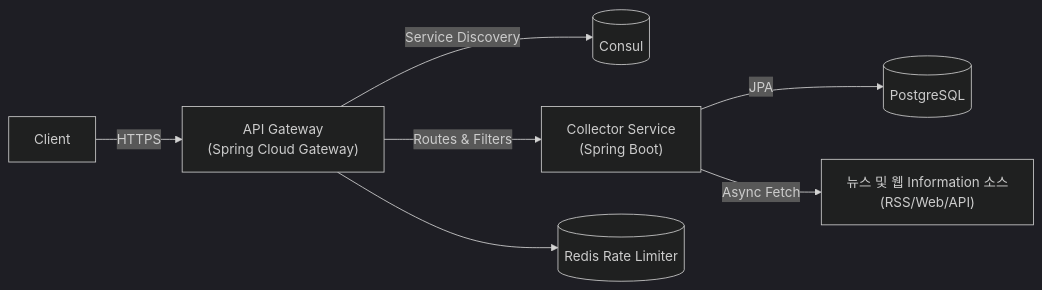
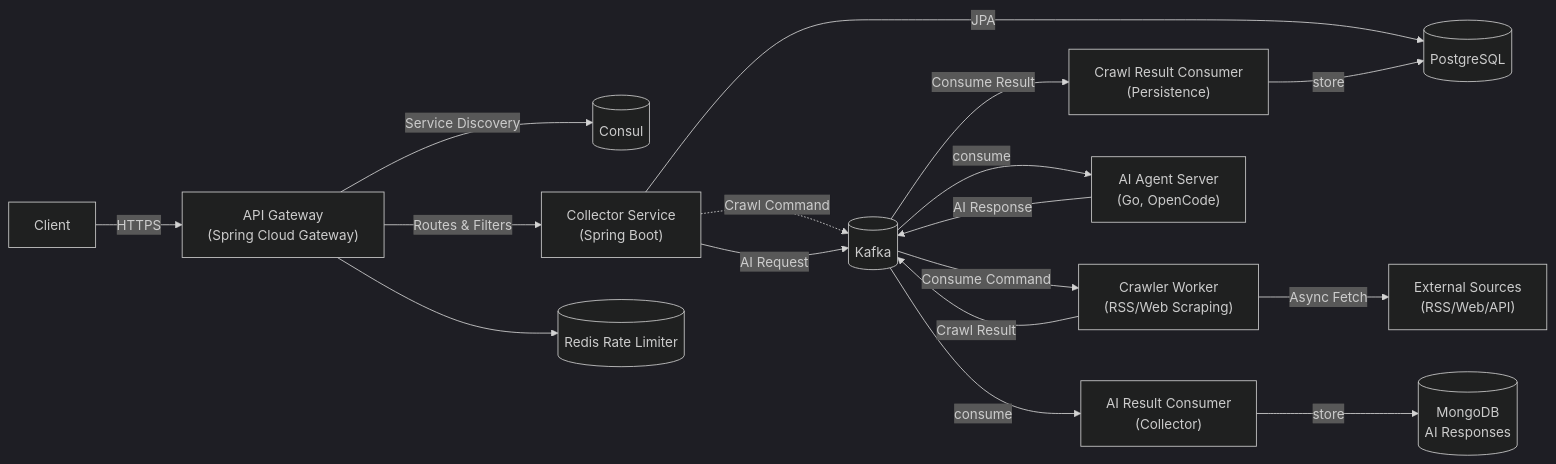
The first of 3 diagrams in docs/overview/README.md (choisimo/NewsInsight), drawn with Mermaid (dark theme) before and after one commit. The commit also changed other lines of this file and 22 other files, not shown here.

Commit message:
refactor(collector): migrate crawling pipeline to Kafka event-driven architecture

````diff
--- a/docs/overview/README.md
+++ b/docs/overview/README.md
@@ -25,9 +28,23 @@
 ```mermaid
 flowchart LR
     Client -->|HTTPS| Gateway["API Gateway\n(Spring Cloud Gateway)"]
     Gateway -->|Service Discovery| Consul[(Consul)]
     Gateway -->|Routes & Filters| CollectorAPI["Collector Service\n(Spring Boot)"]
     CollectorAPI -->|JPA| PostgreSQL[(PostgreSQL)]
     Gateway --> Redis[(Redis Rate Limiter)]
-    CollectorAPI -->|Async Fetch| ExternalSources["뉴스 및 웹 Information 소스\n(RSS/Web/API)"]
+
+    %% 크롤링 비동기 파이프라인 (Kafka 기반)
+    CollectorAPI -.->|Crawl Command| Kafka[(Kafka)]
+    Kafka -->|Consume Command| CrawlerWorker["Crawler Worker\n(RSS/Web Scraping)"]
+    CrawlerWorker -->|Async Fetch| ExternalSources["External Sources\n(RSS/Web/API)"]
+    CrawlerWorker -->|Crawl Result| Kafka
+    Kafka -->|Consume Result| CrawlResultConsumer["Crawl Result Consumer\n(Persistence)"]
+    CrawlResultConsumer -->|store| PostgreSQL
+
+    %% AI 분석 비동기 파이프라인
+    CollectorAPI -->|AI Request| Kafka
+    Kafka -->|consume| AIAgent["AI Agent Server\n(Go, OpenCode)"]
+    AIAgent -->|AI Response| Kafka
+    Kafka -->|consume| AiConsumer["AI Result Consumer\n(Collector)"]
+    AiConsumer -->|store| Mongo[(MongoDB\nAI Responses)]
 ```
````
